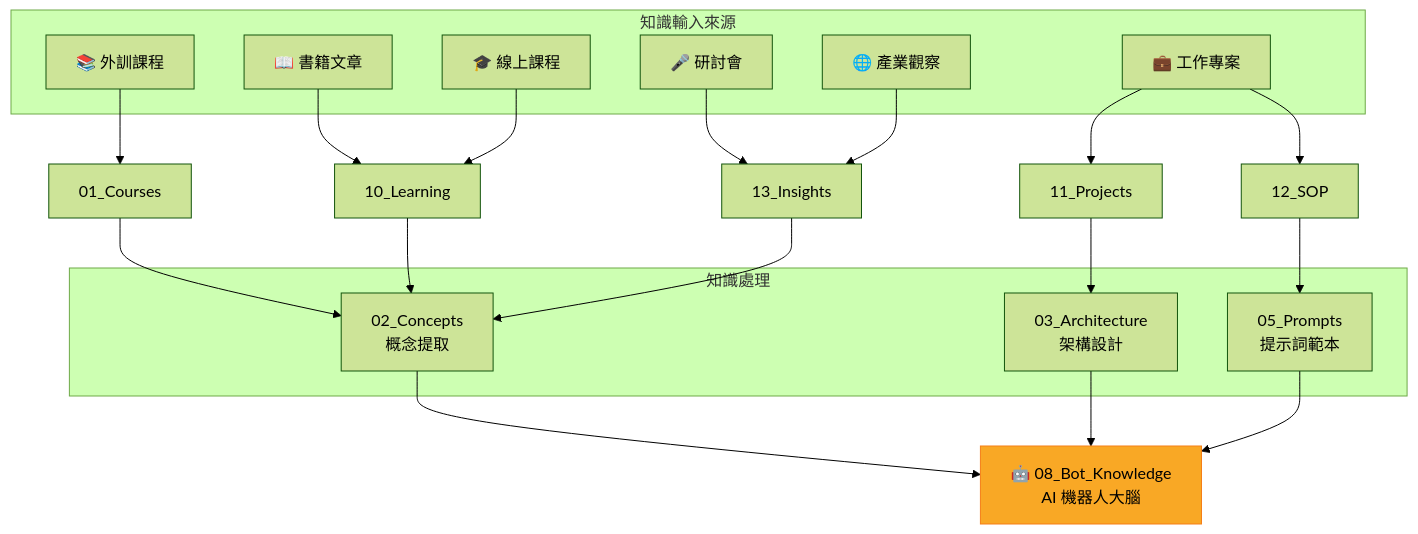
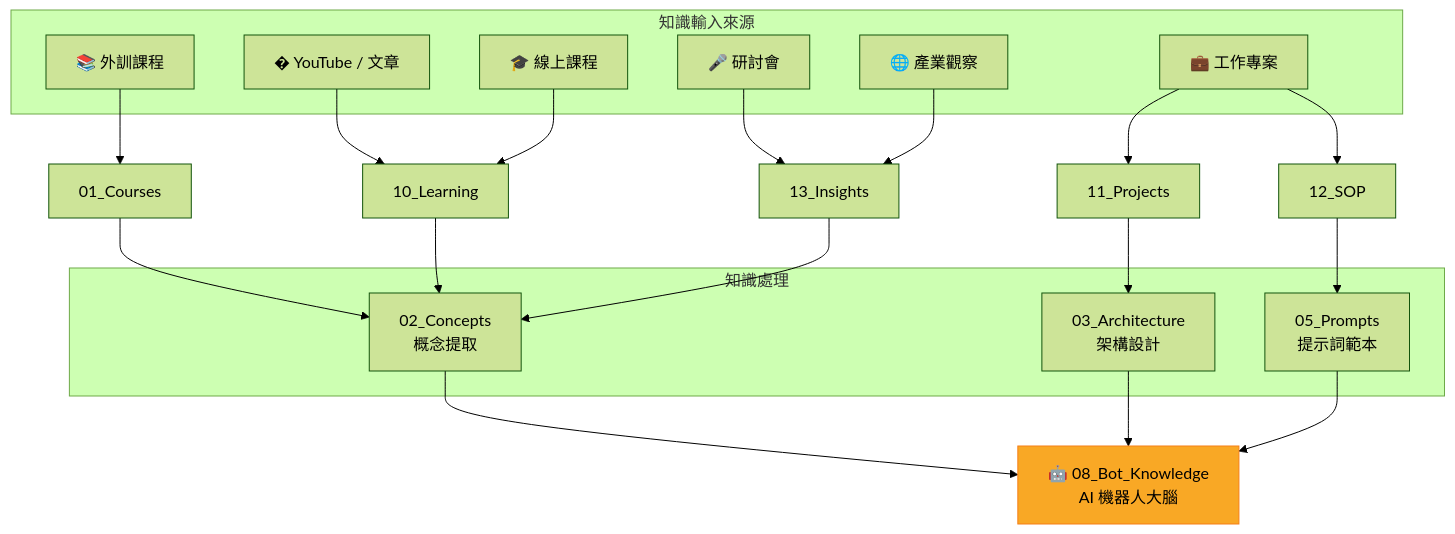
The second of 2 diagrams in README.md (william0214/AI-Knowledge-Base), drawn with Mermaid (forest theme) before and after one commit. The commit also changed other lines of this file and 8 other files, not shown here.

Commit message:
feat: 新增 YouTube 學習資料夾，調整學習來源以 YouTube 為主

````diff
--- a/README.md
+++ b/README.md
@@ -120,37 +120,37 @@
-```mermaid
+:::mermaid
 graph TD
     subgraph 知識輸入來源
         S1[📚 外訓課程]
-        S2[📖 書籍文章]
+        S2[� YouTube / 文章]
         S3[🎓 線上課程]
         S4[💼 工作專案]
         S5[🎤 研討會]
         S6[🌐 產業觀察]
     end
 
     S1 --> C1[01_Courses]
     S2 --> C2[10_Learning]
     S3 --> C2
     S4 --> C3[11_Projects]
     S4 --> C4[12_SOP]
     S5 --> C5[13_Insights]
     S6 --> C5
 
     subgraph 知識處理
         P1[02_Concepts<br>概念提取]
         P2[03_Architecture<br>架構設計]
         P3[05_Prompts<br>提示詞範本]
     end
 
     C1 --> P1
     C2 --> P1
     C3 --> P2
     C4 --> P3
     C5 --> P1
 
     P1 --> BOT[🤖 08_Bot_Knowledge<br>AI 機器人大腦]
     P2 --> BOT
     P3 --> BOT
 
     style BOT fill:#f9a825,stroke:#f57f17,color:#000
-```
+:::
````
